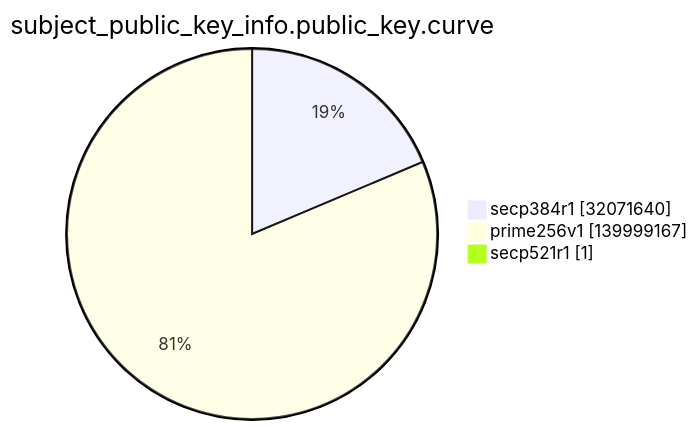
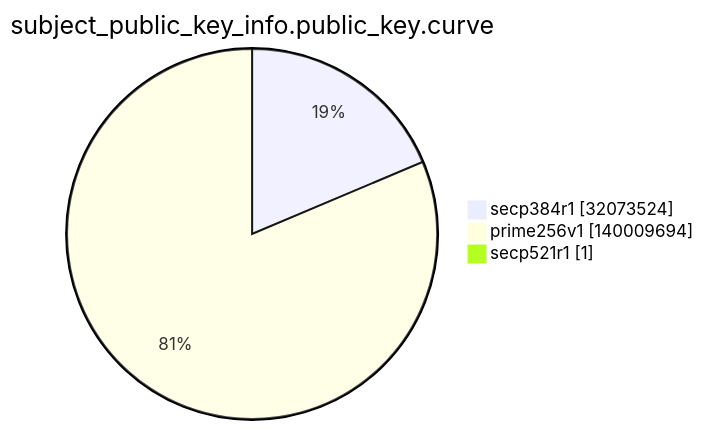
The ninth of 15 diagrams in argon2022/README.md (christiankrug/ctmonitor_visualization), drawn with Mermaid before and after one commit. The commit also changed other lines of this file, not shown here.

````diff
--- a/argon2022/README.md
+++ b/argon2022/README.md
@@ -2761,7 +2762,7 @@
 ```mermaid
 pie showData
 title subject_public_key_info.public_key.curve
-"secp384r1" :32071640
-"prime256v1" :139999167
+"secp384r1" :32073524
+"prime256v1" :140009694
 "secp521r1" :1
 ```
````
